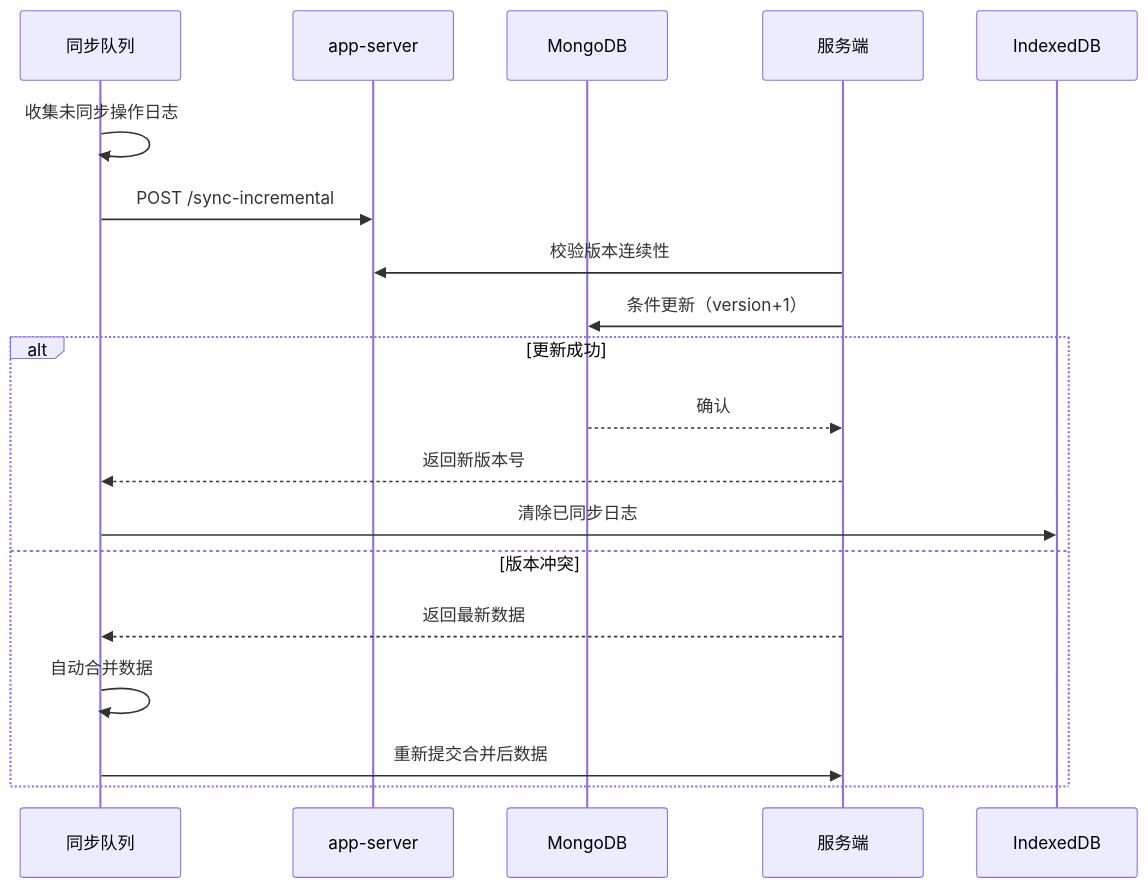
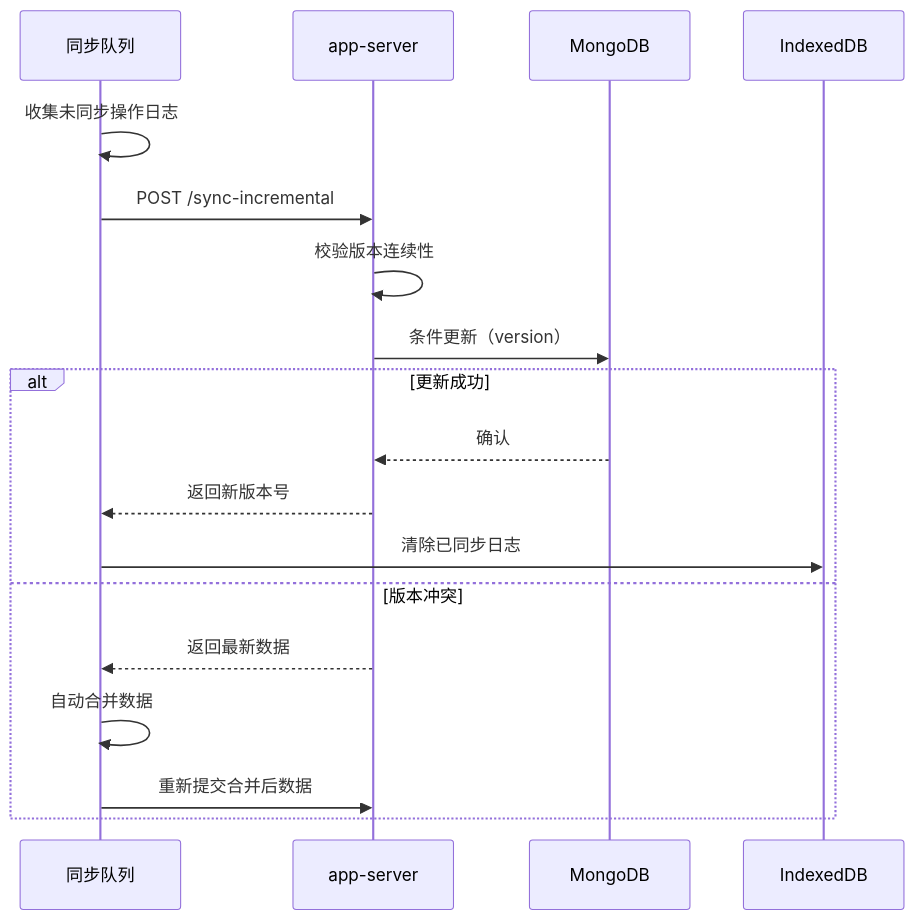
The diagram in all/未命名-24.md (yingjianzh/iodraw-files), drawn with Mermaid before and after one commit.

Commit message:
2025-02-21 18:32:24 update

````diff
--- a/all/未命名-24.md
+++ b/all/未命名-24.md
@@ -1,20 +1,20 @@
 ```mermaid
 sequenceDiagram
     participant 同步队列
     participant app-server
     participant MongoDB
 
     同步队列->>同步队列: 收集未同步操作日志
     同步队列->>app-server: POST /sync-incremental
-    服务端->>app-server: 校验版本连续性
-    服务端->>MongoDB: 条件更新（version+1）
+    app-server->>app-server: 校验版本连续性
+    app-server->>MongoDB: 条件更新（version）
     alt 更新成功
-        MongoDB-->>服务端: 确认
-        服务端-->>同步队列: 返回新版本号
+        MongoDB-->>app-server: 确认
+        app-server-->>同步队列: 返回新版本号
         同步队列->>IndexedDB: 清除已同步日志
     else 版本冲突
-        服务端-->>同步队列: 返回最新数据
+        app-server-->>同步队列: 返回最新数据
         同步队列->>同步队列: 自动合并数据
-        同步队列->>服务端: 重新提交合并后数据
+        同步队列->>app-server: 重新提交合并后数据
     end
 ```
````
